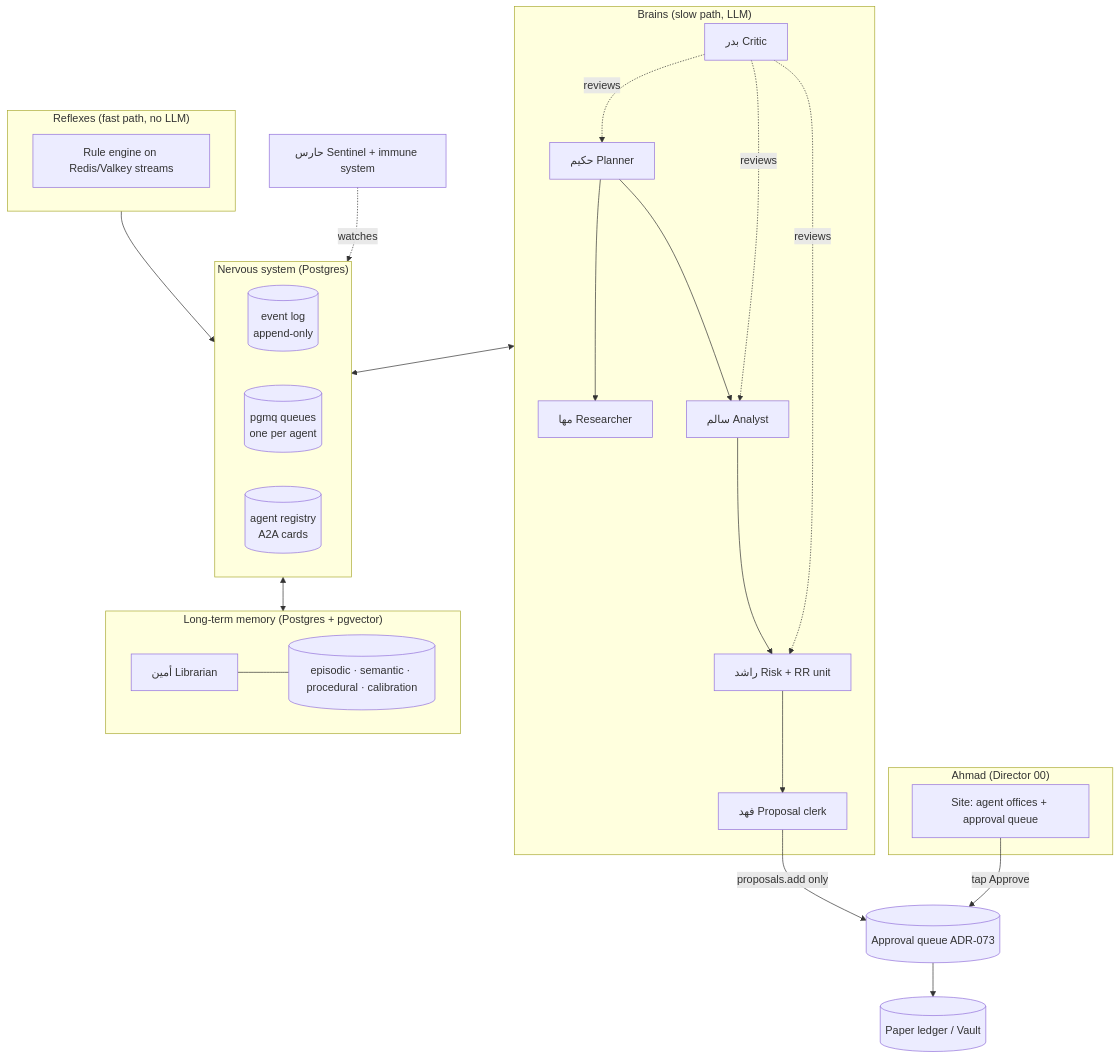
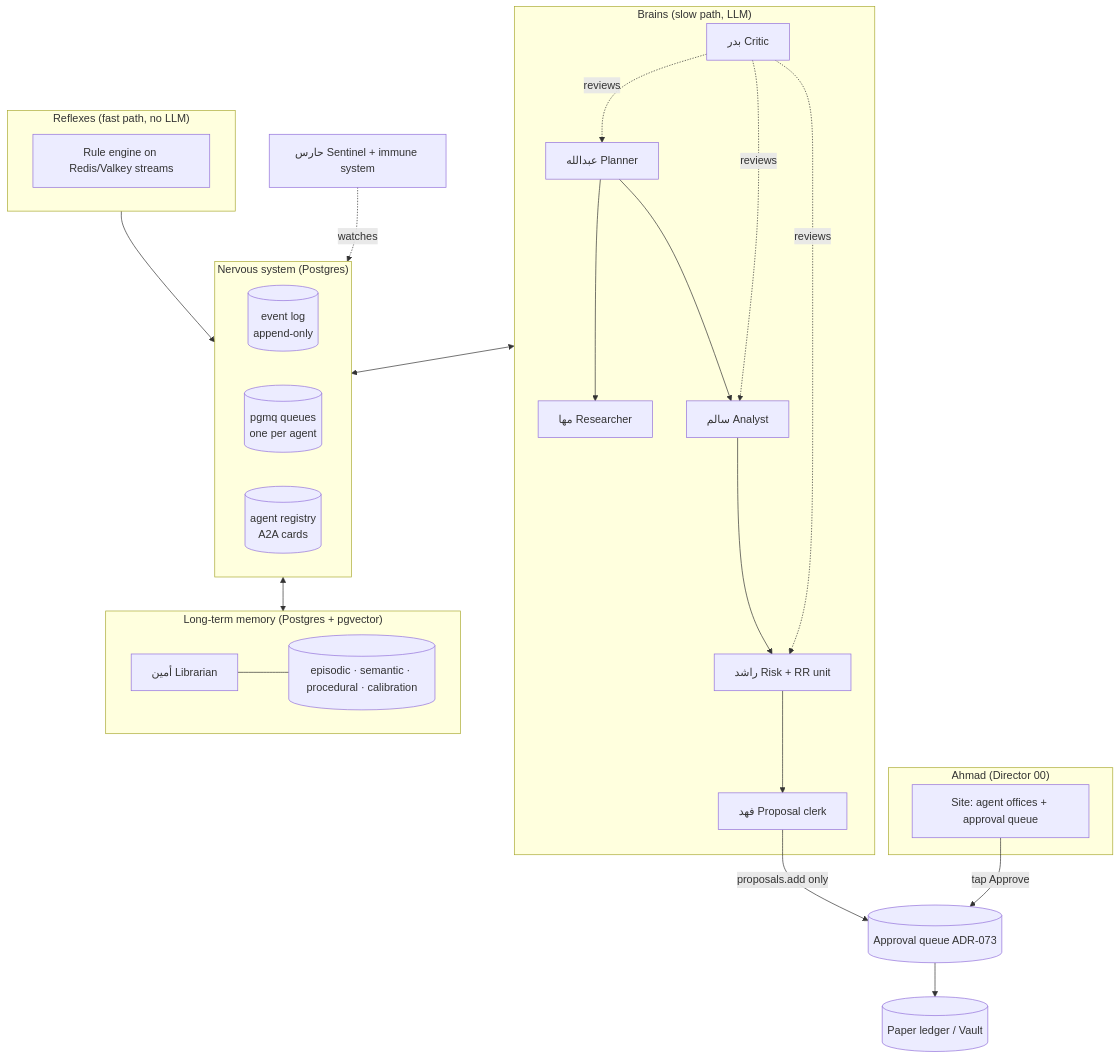
One commit to ahmed974x/giant-core changed the first of 3 diagrams in docs/agents/ARCHITECTURE-AGENTS.md. Above: the diagram before and after it, drawn with Mermaid. The commit also changed other lines of this file and 7 other files, not shown here.

First line of the commit message:
chore(agents): planner's display name is عبدالله (Abdullah); internal id stays hakeem

````diff
--- a/docs/agents/ARCHITECTURE-AGENTS.md
+++ b/docs/agents/ARCHITECTURE-AGENTS.md
@@ -74,30 +74,30 @@
 ```mermaid
 flowchart TB
   subgraph Human["Ahmad (Director 00)"]
     UI["Site: agent offices + approval queue"]
   end
   subgraph Brain["Brains (slow path, LLM)"]
-    H["حكيم Planner"] --> M["مها Researcher"]
+    H["عبدالله Planner"] --> M["مها Researcher"]
     H --> S["سالم Analyst"]
     S --> R["راشد Risk + RR unit"]
     R --> F["فهد Proposal clerk"]
     B["بدر Critic"] -.reviews.-> H & S & R
   end
   subgraph Reflex["Reflexes (fast path, no LLM)"]
     RX["Rule engine on Redis/Valkey streams"]
   end
   subgraph Nerves["Nervous system (Postgres)"]
     EL[("event log<br/>append-only")]
     Q[("pgmq queues<br/>one per agent")]
     REG[("agent registry<br/>A2A cards")]
   end
   subgraph Mem["Long-term memory (Postgres + pgvector)"]
     A["أمين Librarian"] --- MEM[("episodic · semantic · procedural · calibration")]
   end
   F -->|proposals.add only| PQ[("Approval queue ADR-073")]
   UI -->|tap Approve| PQ --> PL[("Paper ledger / Vault")]
   Brain <--> Nerves
   Reflex --> Nerves
   Nerves <--> Mem
   G["حارس Sentinel + immune system"] -.watches.-> Nerves
 ```
````
